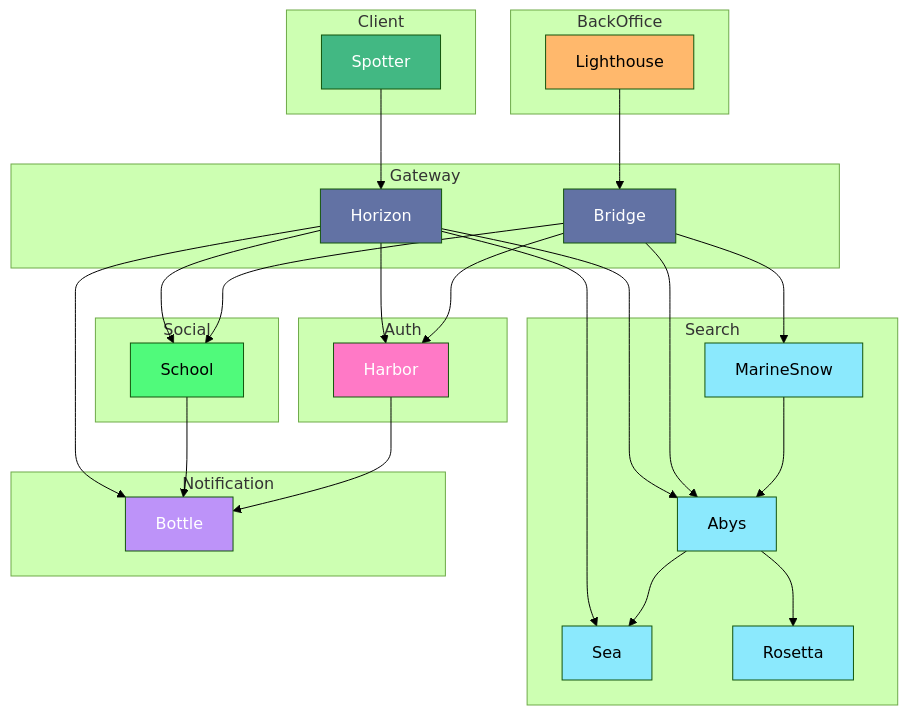
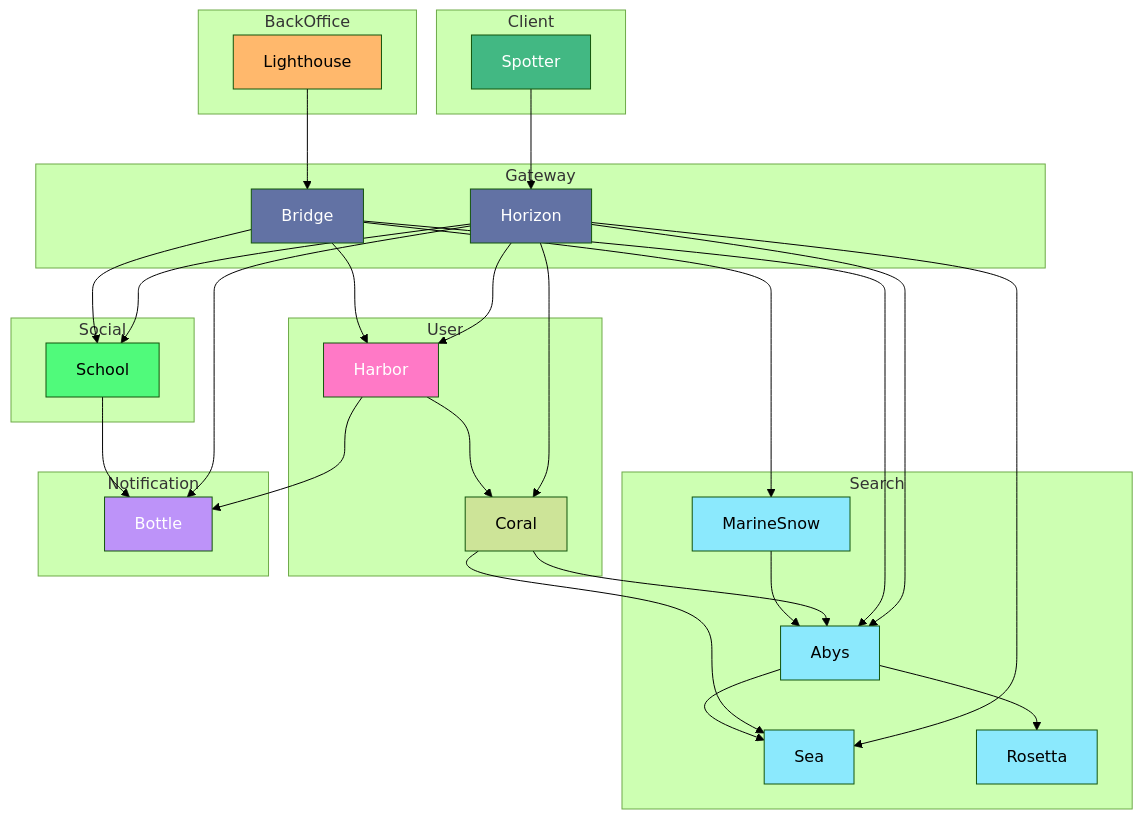
One commit to mathcovax/seaence changed the diagram in README.md. Above: the diagram before and after it, drawn with Mermaid (forest theme). The commit also changed other lines of this file and 30 other files, not shown here.

```diff
--- a/README.md
+++ b/README.md
@@ -97,8 +102,9 @@
         Bridge[Bridge]
     end
 
-    subgraph Auth
+    subgraph User
         Harbor[Harbor]
+		Coral[Coral]
     end
 
     subgraph Search
@@ -130,6 +136,7 @@
     Horizon --> Abys
     Horizon --> School
     Horizon --> Bottle
+	Horizon --> Coral
     
     Bridge --> Harbor
     Bridge --> MarineSnow
@@ -137,6 +144,8 @@
     Bridge --> School
 
     %% Connexions Search
+	Coral --> Sea
+	Coral --> Abys
     MarineSnow --> Abys
     Abys --> Sea
     Abys --> Rosetta
@@ -145,6 +154,9 @@
     School --> Bottle
     Harbor --> Bottle
 
+	%% Connexions User
+	Harbor --> Coral
+	
     %% Styles
     classDef frontend fill:#42b883,color:white
     classDef gateway fill:#6272a4,color:white
```
